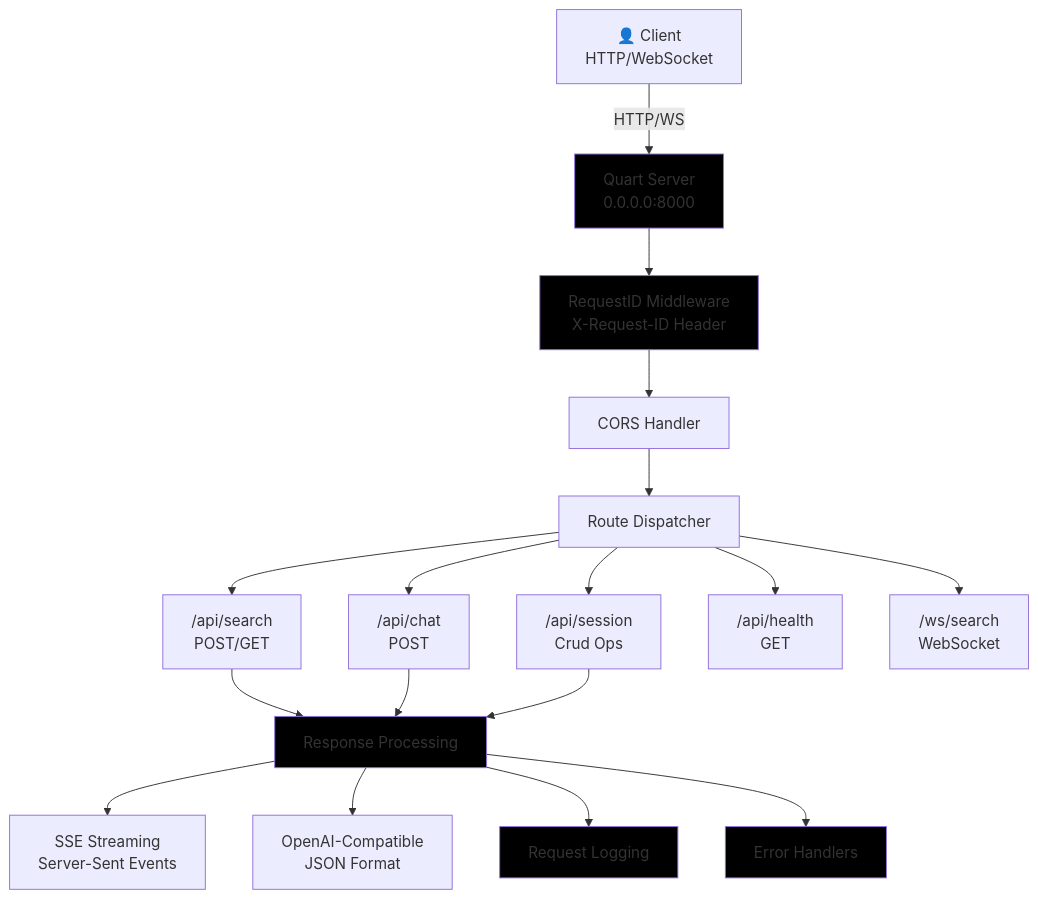
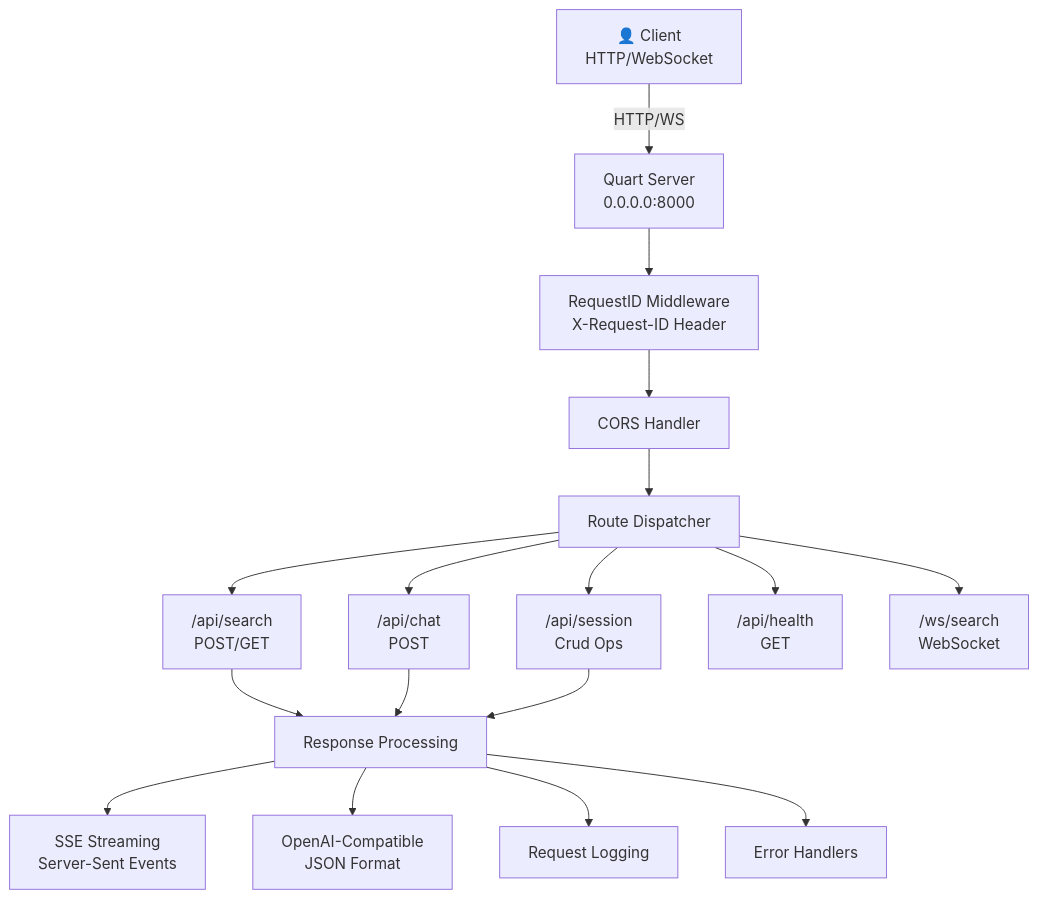
One commit to pollinations/lixSearch changed the third of 18 diagrams in DOCS/FULL_ARCHITECTURE.md. Above: the diagram before and after it, drawn with Mermaid. The commit also changed other lines of this file, not shown here.

````diff
--- a/DOCS/FULL_ARCHITECTURE.md
+++ b/DOCS/FULL_ARCHITECTURE.md
@@ -277,45 +393,45 @@
 ```mermaid
 graph TD
     Client["👤 Client<br/>HTTP/WebSocket"]
     Gateway["Quart Server<br/>0.0.0.0:8000"]
     RequestID["RequestID Middleware<br/>X-Request-ID Header"]
     CORS["CORS Handler"]
     Routes["Route Dispatcher"]
     
     Search["/api/search<br/>POST/GET"]
     Chat["/api/chat<br/>POST"]
     Session["/api/session<br/>Crud Ops"]
     Health["/api/health<br/>GET"]
     WebSocket["/ws/search<br/>WebSocket"]
     
     Processing["Response Processing"]
     SSE["SSE Streaming<br/>Server-Sent Events"]
     JSON["OpenAI-Compatible<br/>JSON Format"]
     Error["Error Handlers"]
     Logging["Request Logging"]
     
     Client -->|HTTP/WS| Gateway
     Gateway --> RequestID
     RequestID --> CORS
     CORS --> Routes
     Routes --> Search
     Routes --> Chat
     Routes --> Session
     Routes --> Health
     Routes --> WebSocket
     
     Search --> Processing
     Chat --> Processing
     Session --> Processing
     
     Processing --> SSE
     Processing --> JSON
     Processing --> Logging
     Processing --> Error
     
-    style Gateway fill:#000
-    style RequestID fill:#000
-    style Processing fill:#000
-    style Error fill:#000
-    style Logging fill:#000
+    style Gateway fill:#000;color:#fff
+    style RequestID fill:#000;color:#fff
+    style Processing fill:#000;color:#fff
+    style Error fill:#000;color:#fff
+    style Logging fill:#000;color:#fff
 ```
````
